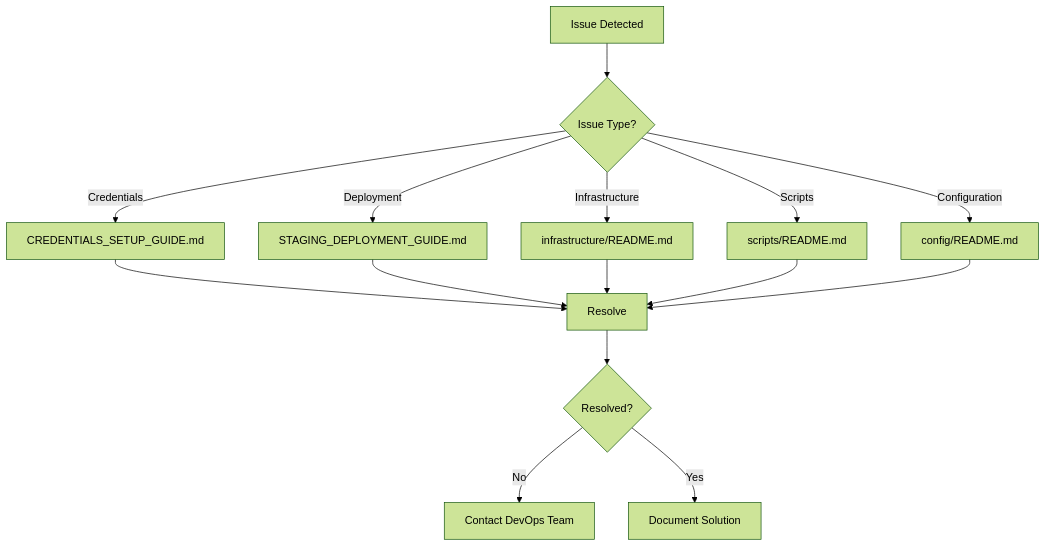
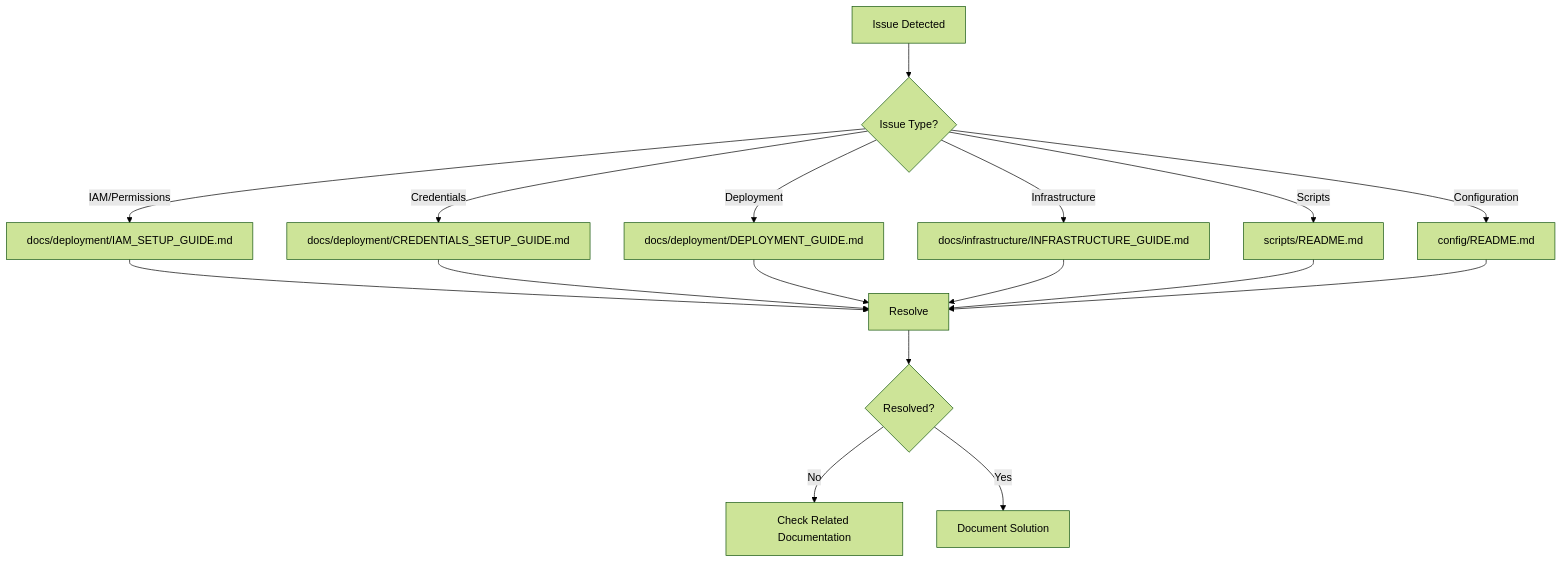
One commit to RyanYCT/bdo-market-insights changed the third of 3 diagrams in docs/guides/DOCUMENTATION_MAP.md. Above: the diagram before and after it, drawn with Mermaid (forest theme). The commit also changed other lines of this file and 18 other files, not shown here.

First line of the commit message:
docs(deployment,scripts): add IAM setup guide and remove Windows batch scripts

````diff
--- a/docs/guides/DOCUMENTATION_MAP.md
+++ b/docs/guides/DOCUMENTATION_MAP.md
@@ -206,17 +238,19 @@
 ```mermaid
 graph TD
     A[Issue Detected] --> B{Issue Type?}
-    B -->|Credentials| C[CREDENTIALS_SETUP_GUIDE.md]
-    B -->|Deployment| D[STAGING_DEPLOYMENT_GUIDE.md]
-    B -->|Infrastructure| E[infrastructure/README.md]
-    B -->|Scripts| F[scripts/README.md]
-    B -->|Configuration| G[config/README.md]
-    C --> H[Resolve]
-    D --> H
-    E --> H
-    F --> H
-    G --> H
-    H --> I{Resolved?}
-    I -->|No| J[Contact DevOps Team]
-    I -->|Yes| K[Document Solution]
+    B -->|IAM/Permissions| C[docs/deployment/IAM_SETUP_GUIDE.md]
+    B -->|Credentials| D[docs/deployment/CREDENTIALS_SETUP_GUIDE.md]
+    B -->|Deployment| E[docs/deployment/DEPLOYMENT_GUIDE.md]
+    B -->|Infrastructure| F[docs/infrastructure/INFRASTRUCTURE_GUIDE.md]
+    B -->|Scripts| G[scripts/README.md]
+    B -->|Configuration| H[config/README.md]
+    C --> I[Resolve]
+    D --> I
+    E --> I
+    F --> I
+    G --> I
+    H --> I
+    I --> J{Resolved?}
+    J -->|No| K[Check Related Documentation]
+    J -->|Yes| L[Document Solution]
 ```
````
